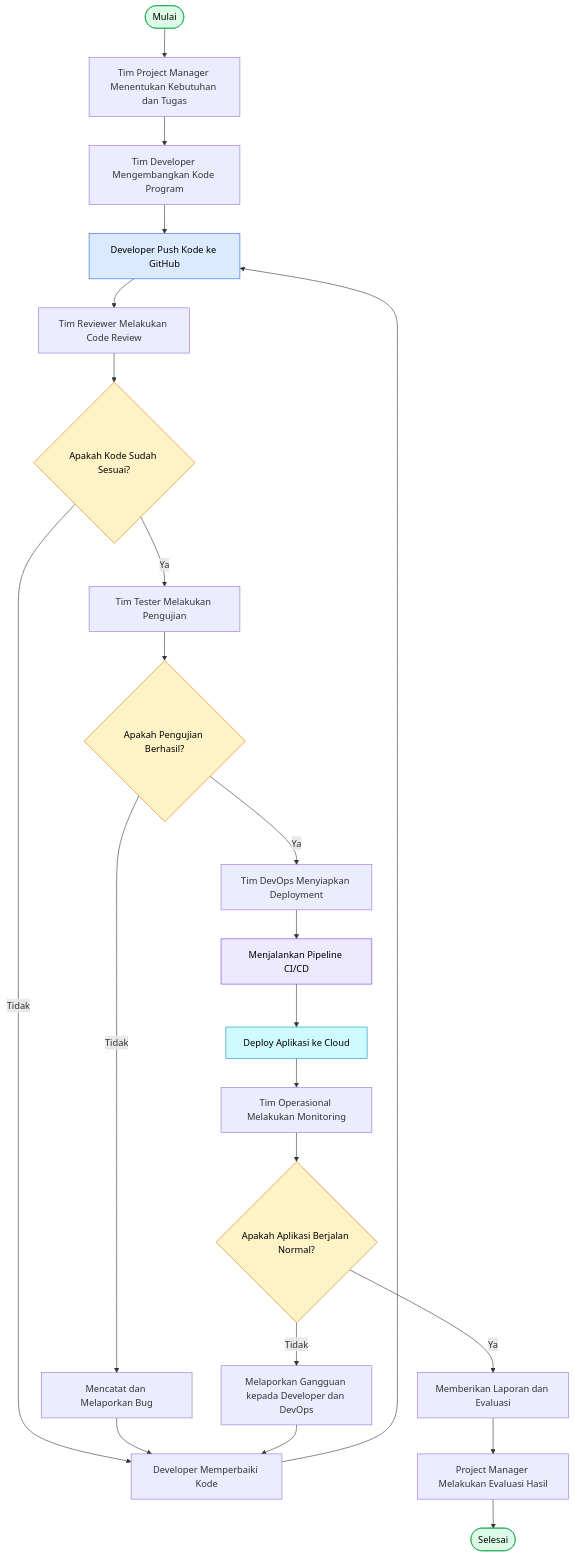
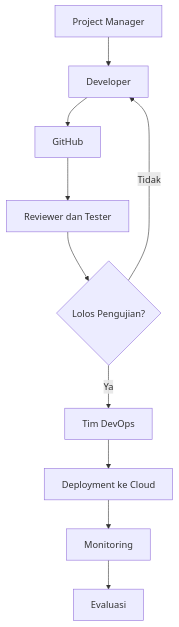
The diagram in README.md (Yeni006/Diagram-Arsitektur-Cloud-Digital-Kampus), drawn with Mermaid before and after one commit.

Commit message:
Revise collaboration flowchart in README
Updated the collaboration flowchart to reflect the roles of Project Manager, Developer, Reviewer, and DevOps in the deployment process.

````diff
--- a/README.md
+++ b/README.md
@@ -4,39 +4,13 @@
 ```mermaid
 flowchart TD
-    A([Mulai]) --> B["Tim Project Manager Menentukan Kebutuhan dan Tugas"]
-    B --> C["Tim Developer Mengembangkan Kode Program"]
-    C --> D["Developer Push Kode ke GitHub"]
-    D --> E["Tim Reviewer Melakukan Code Review"]
+    A["Project Manager"] --> B["Developer"]
+    B --> C["GitHub"]
+    C --> D["Reviewer dan Tester"]
+    D --> E{"Lolos Pengujian?"}
+    E -- "Tidak" --> B
+    E -- "Ya" --> F["Tim DevOps"]
+    F --> G["Deployment ke Cloud"]
+    G --> H["Monitoring"]
+    H --> I["Evaluasi"]
 
-    E --> F{"Apakah Kode Sudah Sesuai?"}
-    F -- "Tidak" --> G["Developer Memperbaiki Kode"]
-    G --> D
-
-    F -- "Ya" --> H["Tim Tester Melakukan Pengujian"]
-    H --> I{"Apakah Pengujian Berhasil?"}
-
-    I -- "Tidak" --> J["Mencatat dan Melaporkan Bug"]
-    J --> G
-
-    I -- "Ya" --> K["Tim DevOps Menyiapkan Deployment"]
-    K --> L["Menjalankan Pipeline CI/CD"]
-    L --> M["Deploy Aplikasi ke Cloud"]
-    M --> N["Tim Operasional Melakukan Monitoring"]
-
-    N --> O{"Apakah Aplikasi Berjalan Normal?"}
-    O -- "Tidak" --> P["Melaporkan Gangguan kepada Developer dan DevOps"]
-    P --> G
-
-    O -- "Ya" --> Q["Memberikan Laporan dan Evaluasi"]
-    Q --> R["Project Manager Melakukan Evaluasi Hasil"]
-    R --> S([Selesai])
-
-    style A fill:#dcfce7,stroke:#16a34a,color:#000
-    style S fill:#dcfce7,stroke:#16a34a,color:#000
-    style F fill:#fef3c7,stroke:#d97706,color:#000
-    style I fill:#fef3c7,stroke:#d97706,color:#000
-    style O fill:#fef3c7,stroke:#d97706,color:#000
-    style D fill:#dbeafe,stroke:#2563eb,color:#000
-    style L fill:#ede9fe,stroke:#7c3aed,color:#000
-    style M fill:#cffafe,stroke:#0891b2,color:#000
 ```
````
